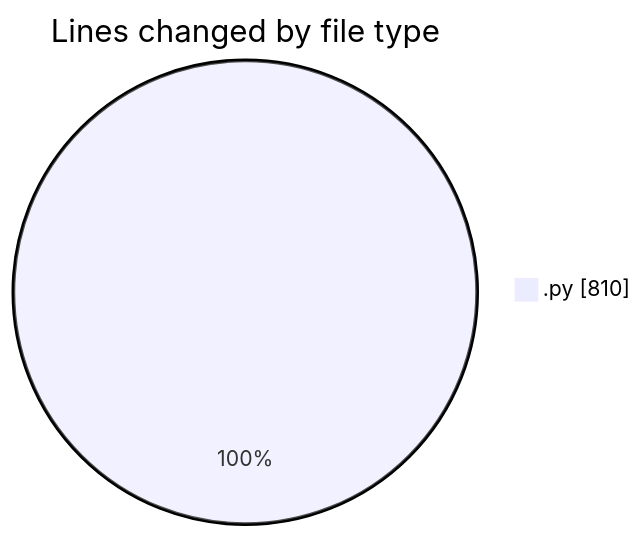
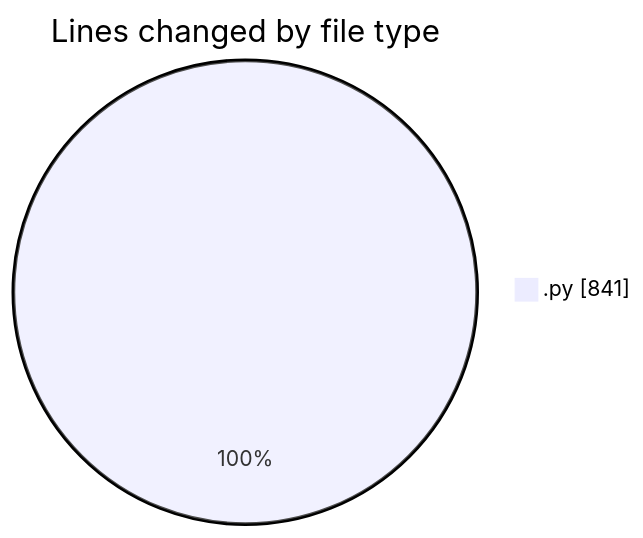
Before and after one commit to MatusMokan/code-tracking: the first of 2 diagrams in 2025-03-01/myws__workspace_/README.md, drawn with Mermaid. The commit also changed other lines of this file and 1 other file, not shown here.

````diff
--- a/2025-03-01/myws__workspace_/README.md
+++ b/2025-03-01/myws__workspace_/README.md
@@ -21,5 +21,5 @@
 ```mermaid
 pie showData
 title Lines changed by file type
-".py" : 810
+".py" : 841
 ```
````
